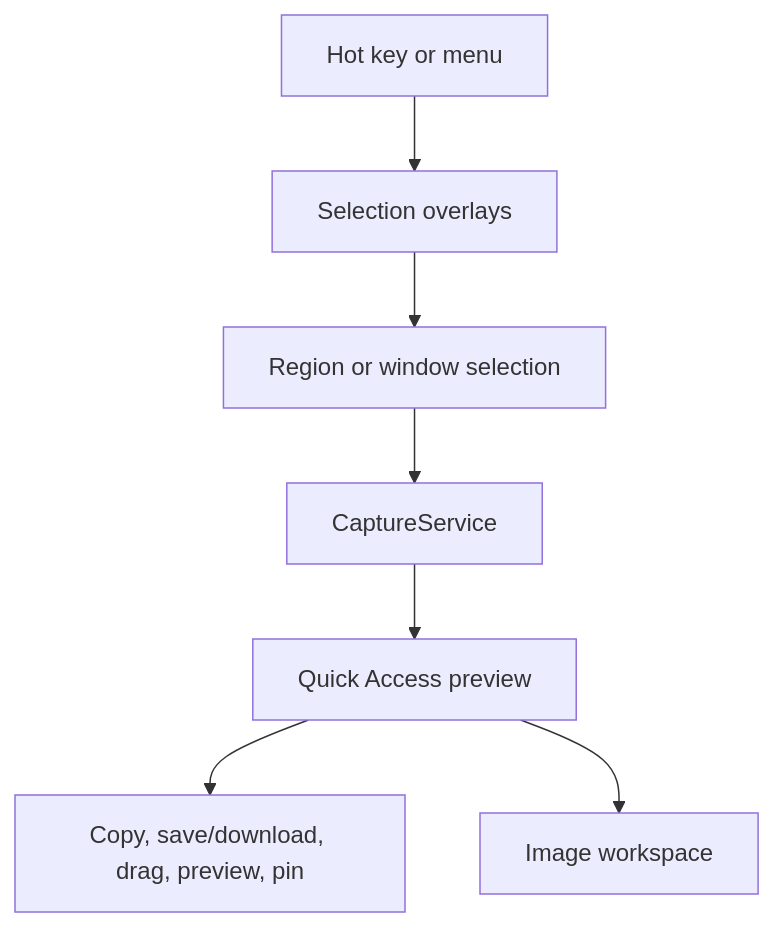
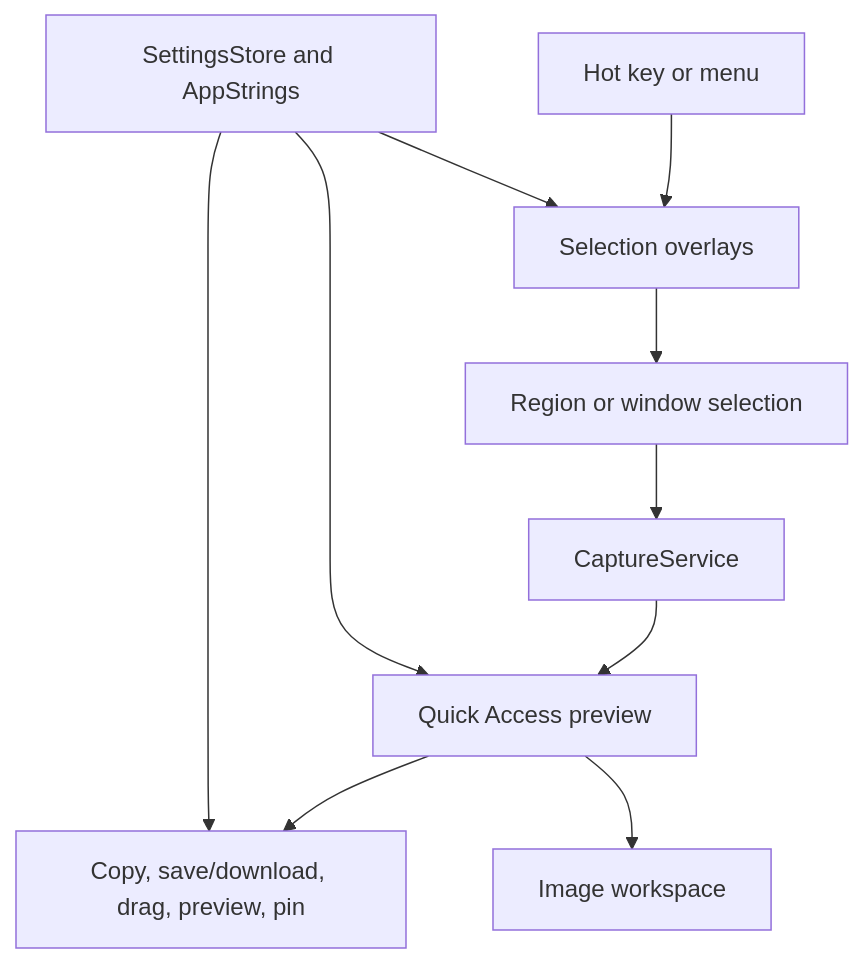
The diagram in docs/architecture.md (deweyou/frame), drawn with Mermaid before and after one commit. The commit also changed other lines of this file and 19 other files, not shown here.

````diff
--- a/docs/architecture.md
+++ b/docs/architecture.md
@@ -3,9 +3,12 @@
 ```mermaid
 flowchart TD
     HotKey[Hot key or menu] --> Overlay[Selection overlays]
     Overlay --> Selection[Region or window selection]
     Selection --> Capture[CaptureService]
     Capture --> QuickAccess[Quick Access preview]
     QuickAccess --> Output[Copy, save/download, drag, preview, pin]
     QuickAccess --> Workspace[Image workspace]
+    Settings[SettingsStore and AppStrings] --> Overlay
+    Settings --> QuickAccess
+    Settings --> Output
 ```
````
